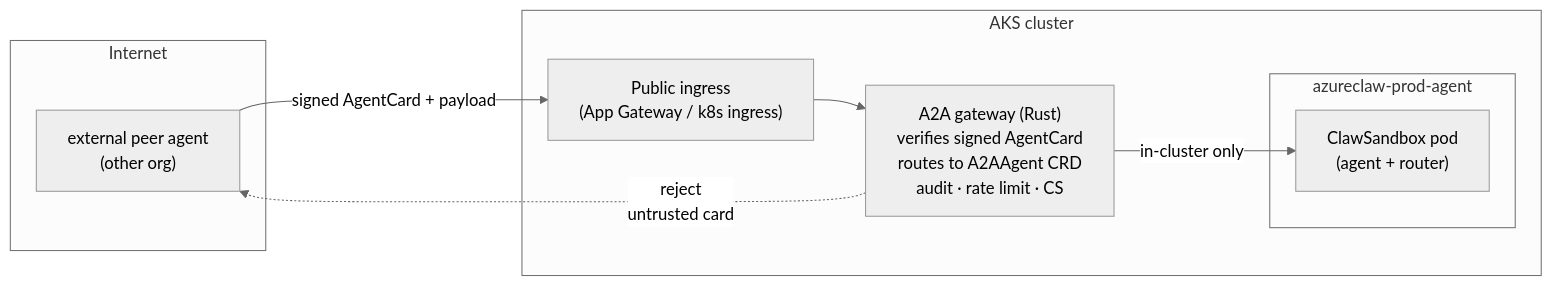
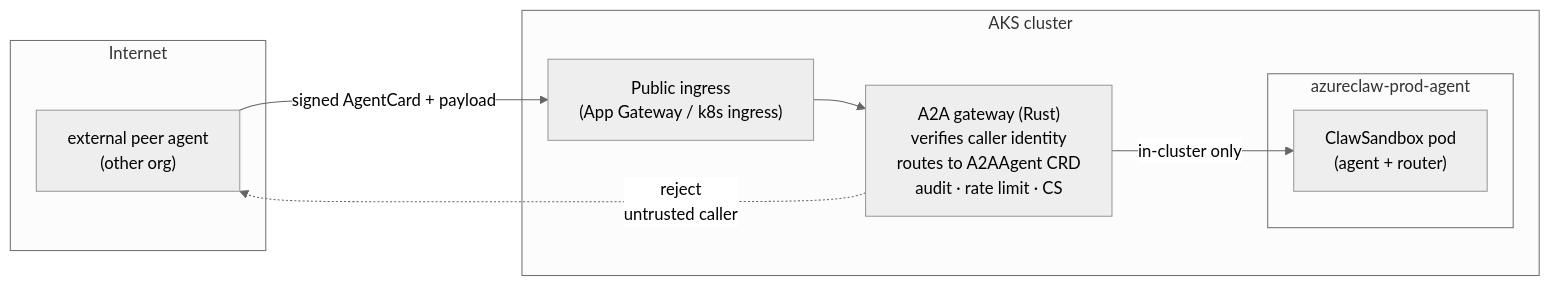
One commit to lachie83/kars changed the fifth of 9 diagrams in docs/architecture-diagrams.md. Above: the diagram before and after it, drawn with Mermaid (neutral theme). The commit also changed other lines of this file and 20 other files, not shown here.

First line of the commit message:
docs: deep OSS-launch audit — API, diagrams, security, README (#326)

````diff
--- a/docs/architecture-diagrams.md
+++ b/docs/architecture-diagrams.md
@@ -162,19 +162,19 @@
 ```mermaid
 flowchart LR
   subgraph Internet
     Peer["external peer agent<br/>(other org)"]
   end
 
   subgraph Cluster["AKS cluster"]
     Ing["Public ingress<br/>(App Gateway / k8s ingress)"]
-    GW["A2A gateway (Rust)<br/>verifies signed AgentCard<br/>routes to A2AAgent CRD<br/>audit · rate limit · CS"]
+    GW["A2A gateway (Rust)<br/>verifies caller identity<br/>routes to A2AAgent CRD<br/>audit · rate limit · CS"]
     subgraph NS["azureclaw-prod-agent"]
       Pod["ClawSandbox pod<br/>(agent + router)"]
     end
   end
 
   Peer -->|signed AgentCard + payload| Ing
   Ing --> GW
   GW -->|in-cluster only| Pod
-  GW -.->|reject<br/>untrusted card| Peer
+  GW -.->|reject<br/>untrusted caller| Peer
 ```
````
